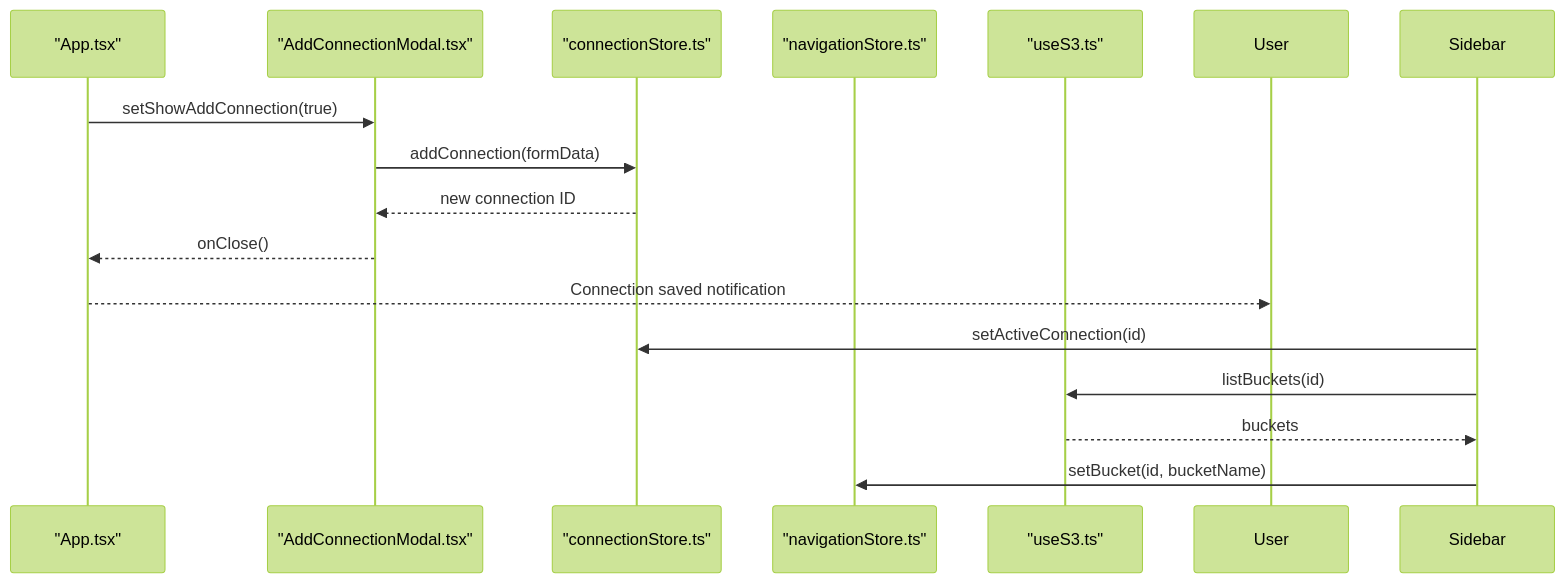
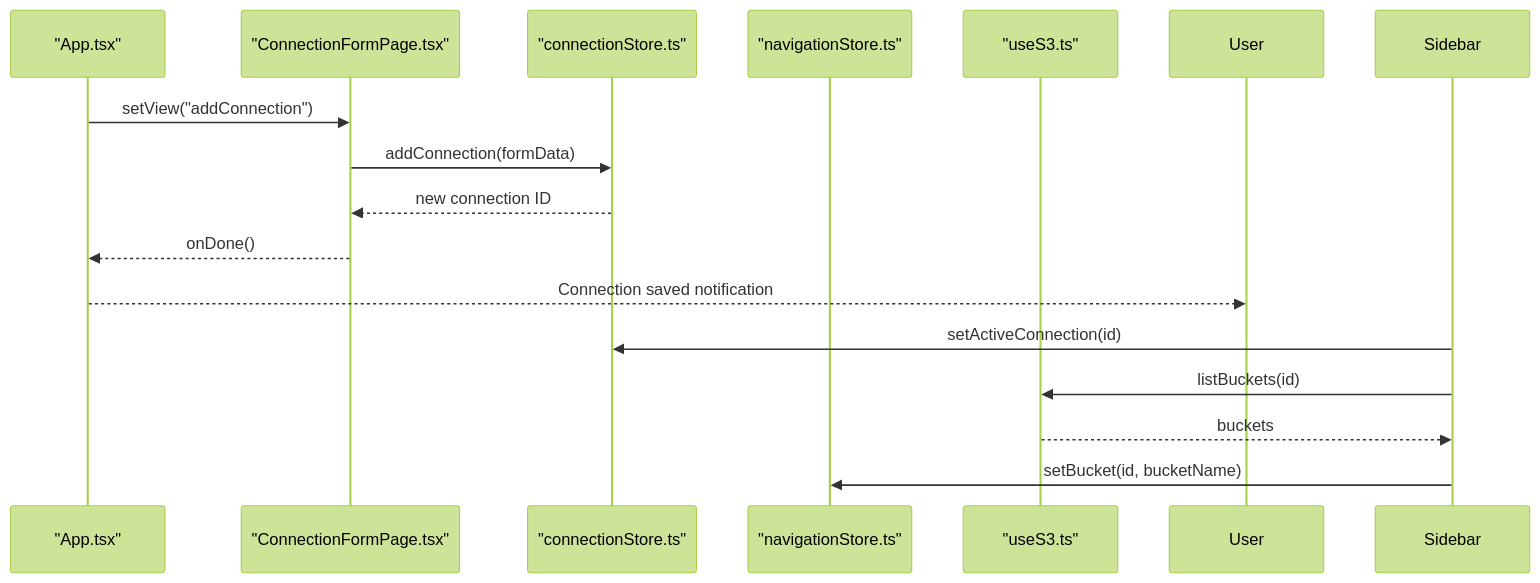
The sixth of 7 diagrams in .qoder/repowiki/en/content/Core Features/Connection Management.md (nasrulhadi/s3-explorer), drawn with Mermaid (forest theme) before and after one commit. The commit also changed other lines of this file and 26 other files, not shown here.

First line of the commit message:
feat(navigation): redesign navigation with page-based routing and view state management

````diff
--- a/.qoder/repowiki/en/content/Core Features/Connection Management.md
+++ b/.qoder/repowiki/en/content/Core Features/Connection Management.md
@@ -322,17 +323,17 @@
 ```mermaid
 sequenceDiagram
 participant App as "App.tsx"
-participant AddModal as "AddConnectionModal.tsx"
+participant ConnForm as "ConnectionFormPage.tsx"
 participant ConnStore as "connectionStore.ts"
 participant NavStore as "navigationStore.ts"
 participant UseS3 as "useS3.ts"
-App->>AddModal : setShowAddConnection(true)
-AddModal->>ConnStore : addConnection(formData)
-ConnStore-->>AddModal : new connection ID
-AddModal-->>App : onClose()
+App->>ConnForm : setView("addConnection")
+ConnForm->>ConnStore : addConnection(formData)
+ConnStore-->>ConnForm : new connection ID
+ConnForm-->>App : onDone()
 App-->>User : Connection saved notification
 Sidebar->>ConnStore : setActiveConnection(id)
 Sidebar->>UseS3 : listBuckets(id)
 UseS3-->>Sidebar : buckets
 Sidebar->>NavStore : setBucket(id, bucketName)
 ```
````
